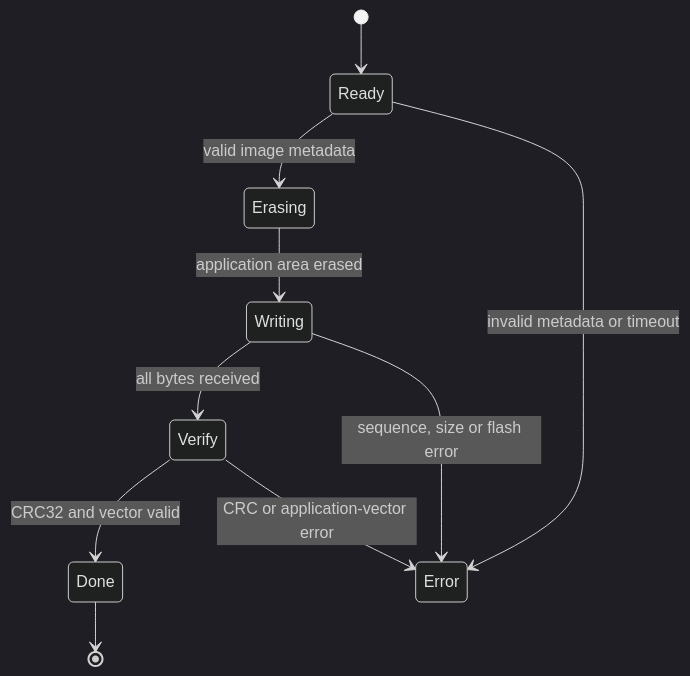
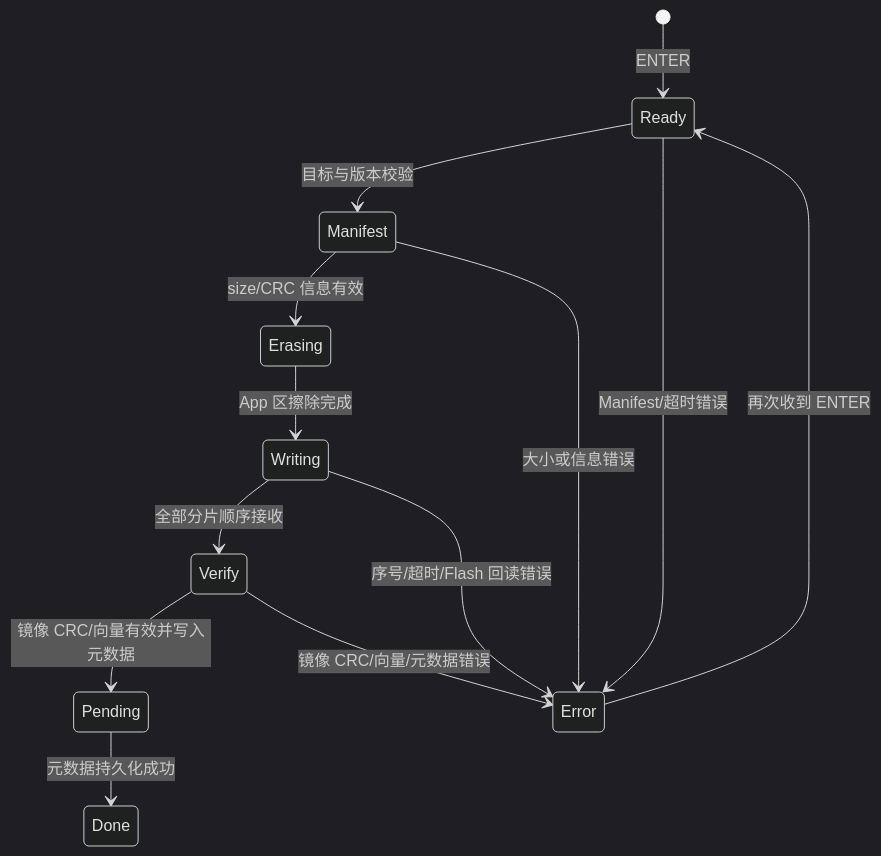
One commit to Maaap1e/imx6ull-t113-distributed-iot-gateway changed the diagram in docs/OTA_FLOW.md. Above: the diagram before and after it, drawn with Mermaid (dark theme). The commit also changed other lines of this file and 38 other files, not shown here.

````diff
--- a/docs/OTA_FLOW.md
+++ b/docs/OTA_FLOW.md
@@ -30,12 +114,15 @@
 ```mermaid
 stateDiagram-v2
-    [*] --> Ready
-    Ready --> Erasing: valid image metadata
-    Erasing --> Writing: application area erased
-    Writing --> Verify: all bytes received
-    Verify --> Done: CRC32 and vector valid
-    Ready --> Error: invalid metadata or timeout
-    Writing --> Error: sequence, size or flash error
-    Verify --> Error: CRC or application-vector error
-    Done --> [*]
+    [*] --> Ready: ENTER
+    Ready --> Manifest: 目标与版本校验
+    Manifest --> Erasing: size/CRC 信息有效
+    Erasing --> Writing: App 区擦除完成
+    Writing --> Verify: 全部分片顺序接收
+    Verify --> Pending: 镜像 CRC/向量有效并写入元数据
+    Pending --> Done: 元数据持久化成功
+    Ready --> Error: Manifest/超时错误
+    Manifest --> Error: 大小或信息错误
+    Writing --> Error: 序号/超时/Flash 回读错误
+    Verify --> Error: 镜像 CRC/向量/元数据错误
+    Error --> Ready: 再次收到 ENTER
 ```
````
